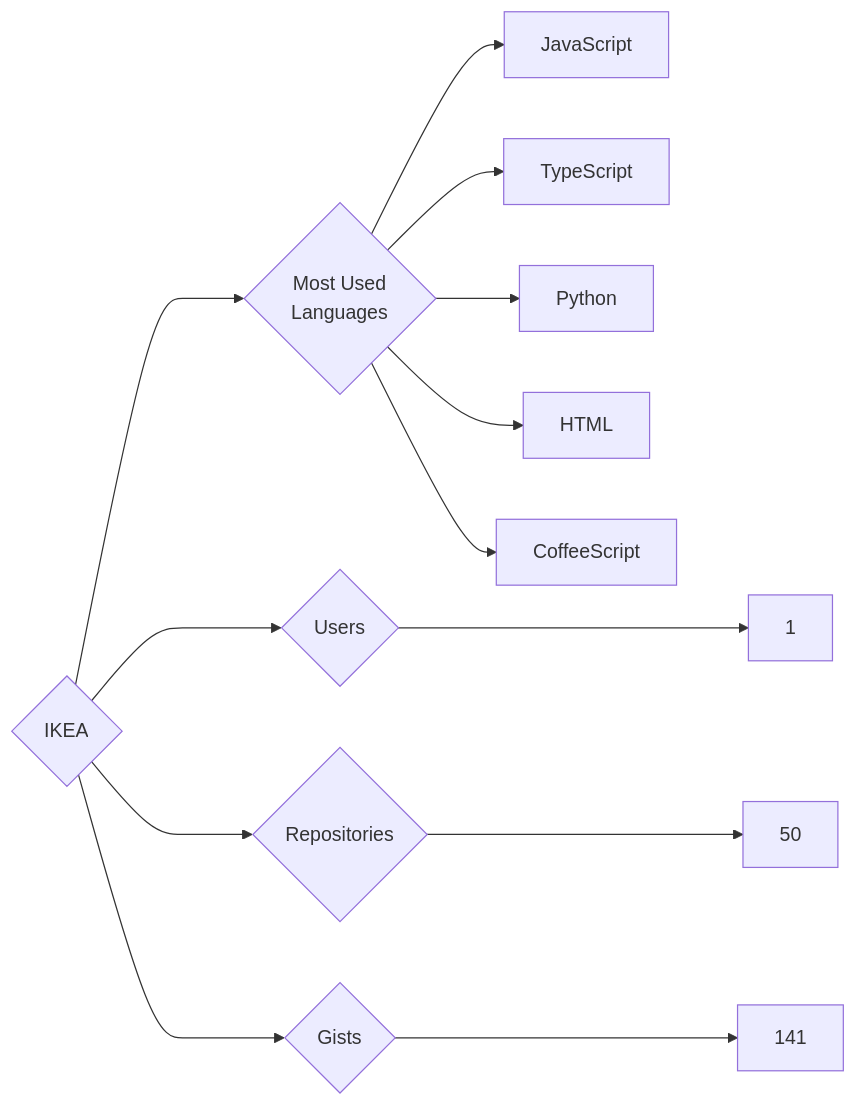
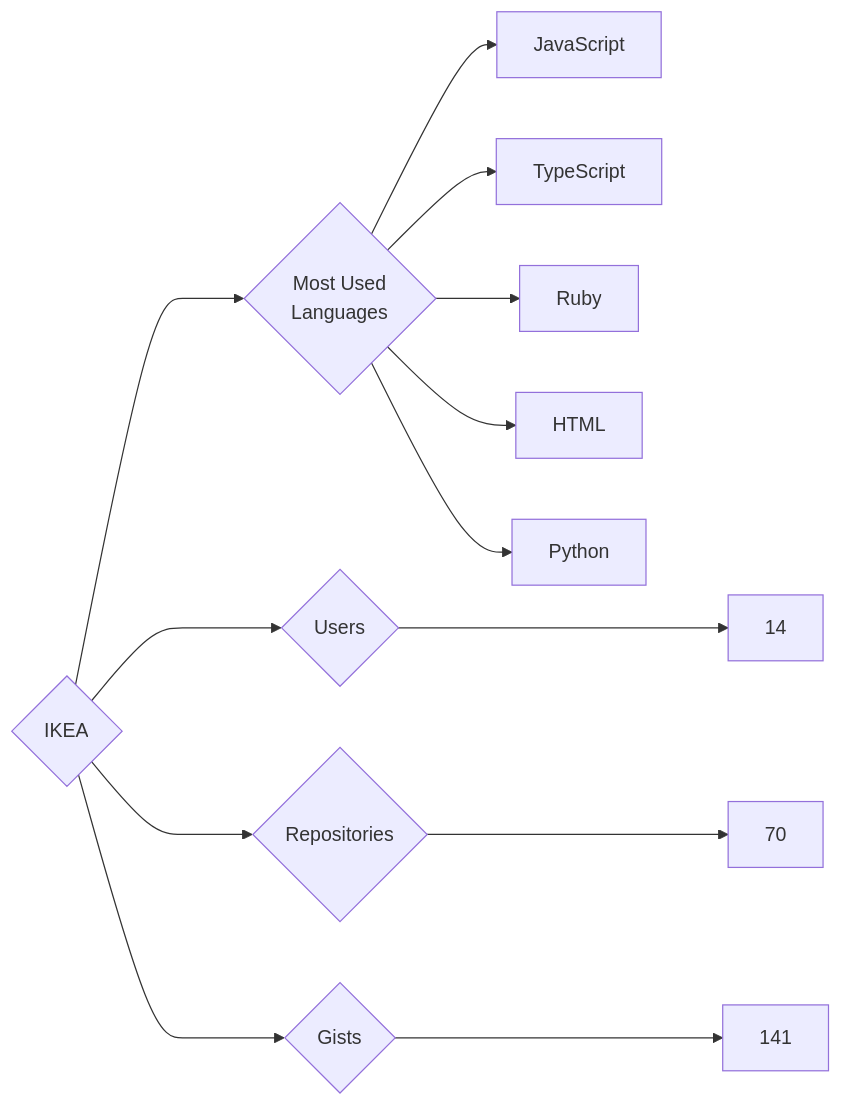
One commit to trickest/insiders changed the diagram in targets/IKEA/README.md. Above: the diagram before and after it, drawn with Mermaid. The commit also changed 749 other files, not shown here.

````diff
--- a/targets/IKEA/README.md
+++ b/targets/IKEA/README.md
@@ -3,13 +3,13 @@
 ```mermaid
 graph LR
 COMPANY_NAME{IKEA}
-COMPANY_NAME ---> U{Users} ---> UN[1]
-COMPANY_NAME ---> R{Repositories} ---> RN[50]
+COMPANY_NAME ---> U{Users} ---> UN[14]
+COMPANY_NAME ---> R{Repositories} ---> RN[70]
 COMPANY_NAME ---> G{Gists} ---> GN[141]
 COMPANY_NAME ---> ML{Most Used<br>Languages}
 ML --> JavaScript[JavaScript]
 ML --> TypeScript[TypeScript]
+ML --> Ruby[Ruby]
+ML --> HTML[HTML]
 ML --> Python[Python]
-ML --> HTML[HTML]
-ML --> CoffeeScript[CoffeeScript]
 ```
````
